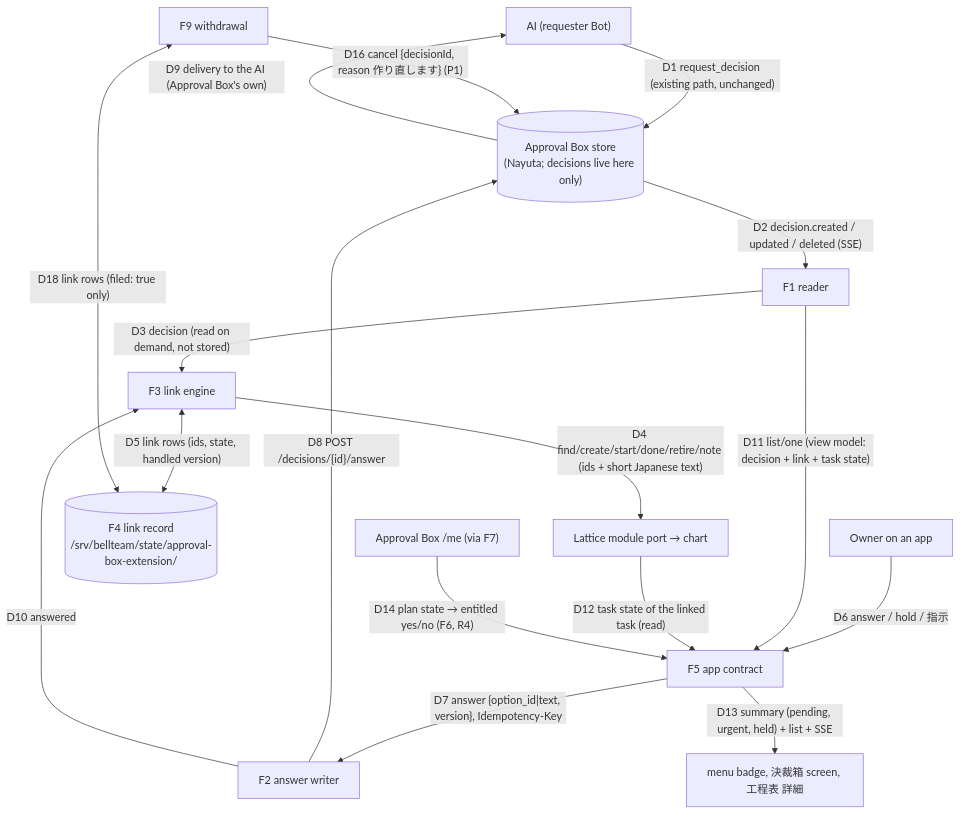
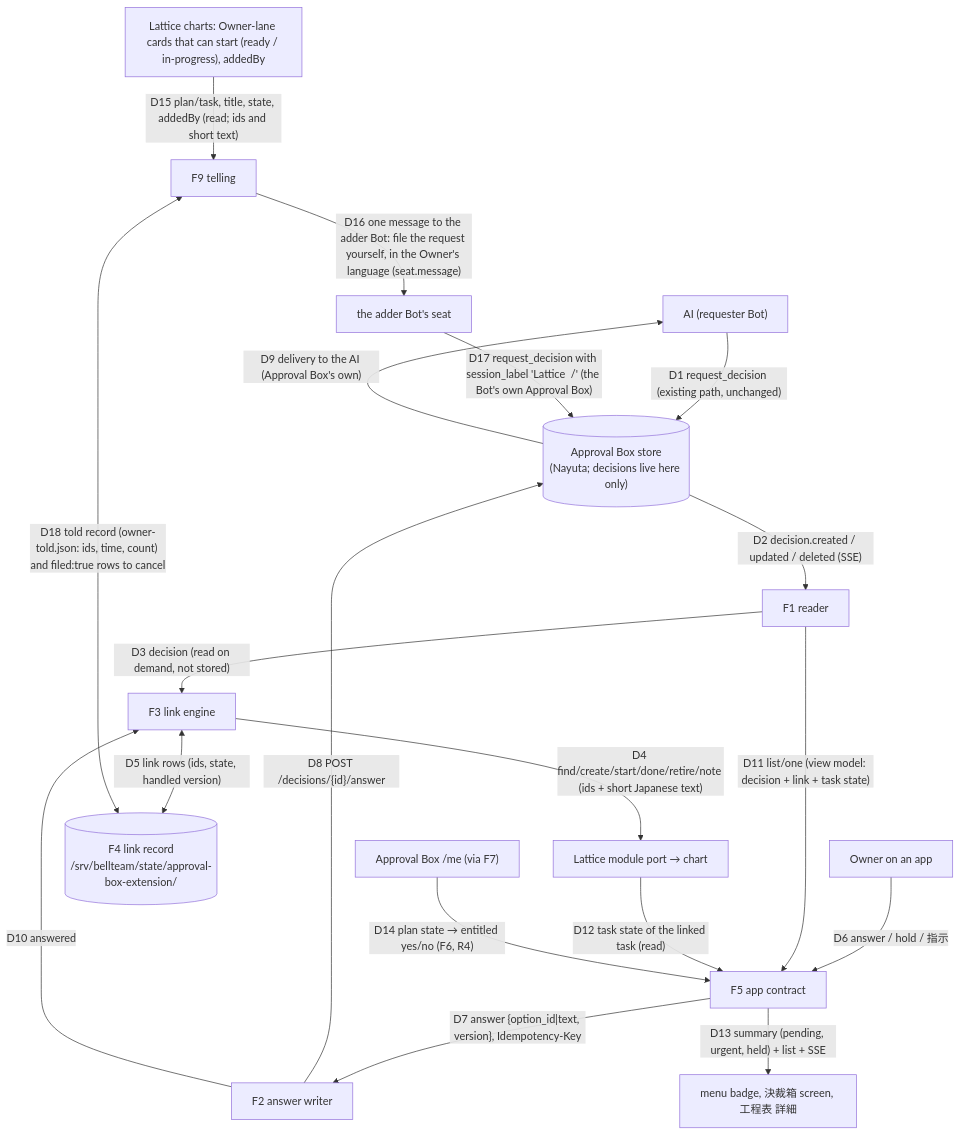
The second of 5 diagrams in docs/architecture/modules/approval-box-extension/README.md (kitepon/BellTeam), drawn with Mermaid before and after one commit. The commit also changed other lines of this file and 6 other files, not shown here.

First line of the commit message:
決裁箱拡張: tell the Bot that added a startable Owner-lane task to file the request itself (F9, O1-O5)

````diff
--- a/docs/architecture/modules/approval-box-extension/README.md
+++ b/docs/architecture/modules/approval-box-extension/README.md
@@ -90,19 +93,21 @@
 ```mermaid
 flowchart TD
   AI["AI (requester Bot)"] -- "D1 request_decision (existing path, unchanged)" --> ABS[("Approval Box store<br/>(Nayuta; decisions live here only)")]
   ABS -- "D2 decision.created / updated / deleted (SSE)" --> RD["F1 reader"]
   RD -- "D3 decision (read on demand, not stored)" --> LE["F3 link engine"]
   LE -- "D4 find/create/start/done/retire/note (ids + short Japanese text)" --> LP["Lattice module port → chart"]
   LE <-- "D5 link rows (ids, state, handled version)" --> LR[("F4 link record<br/>/srv/bellteam/state/approval-box-extension/")]
   OWN["Owner on an app"] -- "D6 answer / hold / 指示" --> AC["F5 app contract"]
   AC -- "D7 answer {option_id|text, version}, Idempotency-Key" --> WR["F2 answer writer"]
   WR -- "D8 POST /decisions/{id}/answer" --> ABS
   ABS -- "D9 delivery to the AI (Approval Box's own)" --> AI
   WR -- "D10 answered" --> LE
   RD -- "D11 list/one (view model: decision + link + task state)" --> AC
   LP -- "D12 task state of the linked task (read)" --> AC
   AC -- "D13 summary (pending, urgent, held) + list + SSE" --> APP["menu badge, 決裁箱 screen, 工程表 詳細"]
-  OL["F9 withdrawal"] -- "D16 cancel {decisionId, reason 作り直します} (P1)" --> ABS
-  OL <-- "D18 link rows (filed: true only)" --> LR
+  CARD["Lattice charts: Owner-lane cards that can start (ready / in-progress), addedBy"] -- "D15 plan/task, title, state, addedBy (read; ids and short text)" --> OL["F9 telling"]
+  OL -- "D16 one message to the adder Bot: file the request yourself, in the Owner's language (seat.message)" --> SEATBOT["the adder Bot's seat"]
+  SEATBOT -- "D17 request_decision with session_label 'Lattice <project> <plan>/<task>' (the Bot's own Approval Box)" --> ABS
+  OL <-- "D18 told record (owner-told.json: ids, time, count) and filed:true rows to cancel" --> LR
   ABAPI2["Approval Box /me (via F7)"] -- "D14 plan state → entitled yes/no (F6, R4)" --> AC
 ```
````
